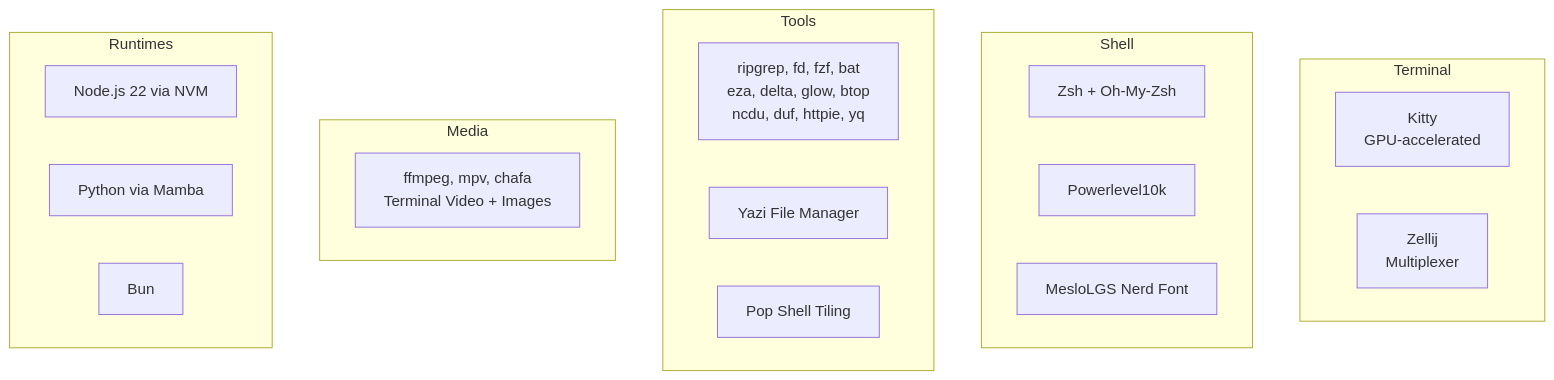
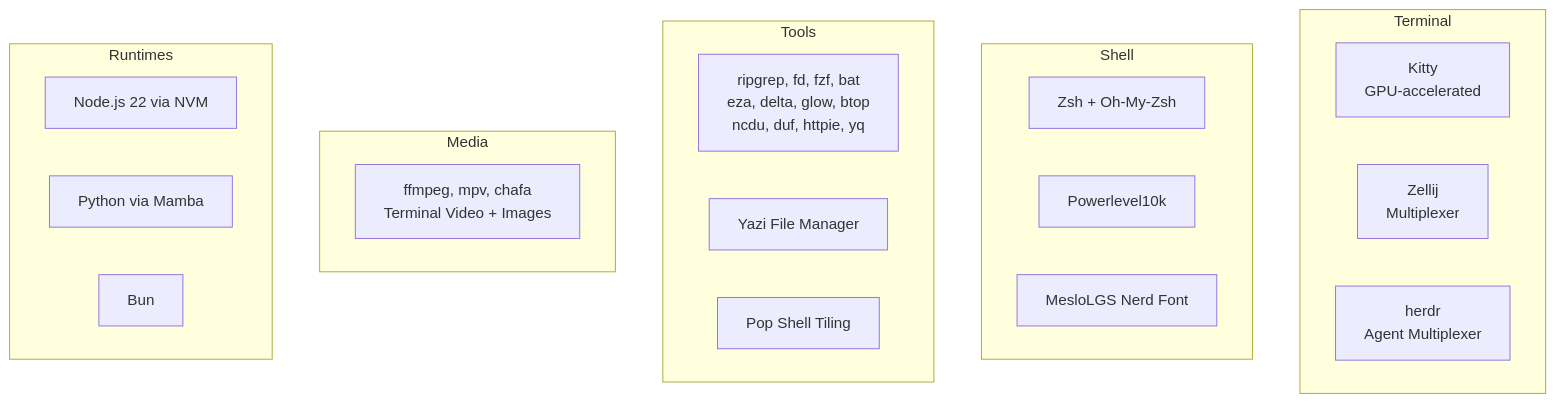
One commit to AeyeOps/ai-essentials changed the second of 2 diagrams in README.md. Above: the diagram before and after it, drawn with Mermaid. The commit also changed other lines of this file and 6 other files, not shown here.

Commit message:
release: 0.0.31 — herdr agent multiplexer (configs bundle + dev-stack section 7b)

````diff
--- a/README.md
+++ b/README.md
@@ -44,29 +44,30 @@
 ```mermaid
 graph TD
     subgraph Terminal
         K[Kitty<br/>GPU-accelerated]
         Z[Zellij<br/>Multiplexer]
+        H[herdr<br/>Agent Multiplexer]
     end
 
     subgraph Shell
         ZSH[Zsh + Oh-My-Zsh]
         P10K[Powerlevel10k]
         FONT[MesloLGS Nerd Font]
     end
 
     subgraph Tools
         CLI[ripgrep, fd, fzf, bat<br/>eza, delta, glow, btop<br/>ncdu, duf, httpie, yq]
         YAZI[Yazi File Manager]
         POP[Pop Shell Tiling]
     end
 
     subgraph Media
         MEDIA[ffmpeg, mpv, chafa<br/>Terminal Video + Images]
     end
 
     subgraph Runtimes
         NODE[Node.js 22 via NVM]
         PY[Python via Mamba]
         BUN[Bun]
     end
 ```
````
